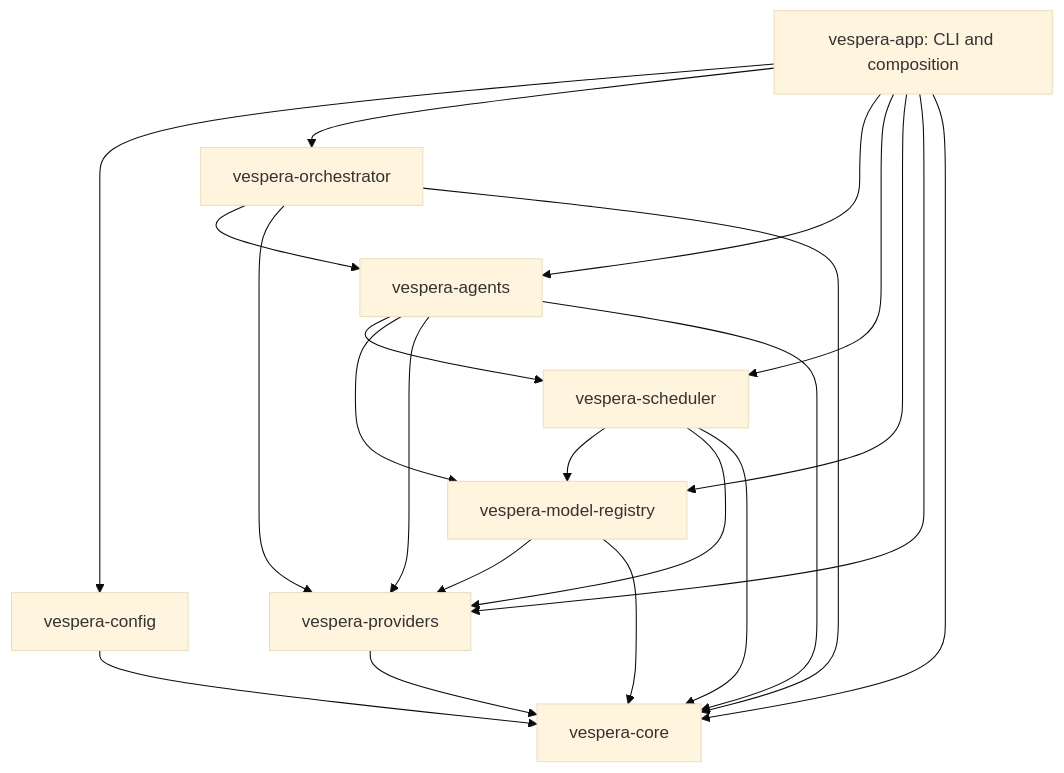
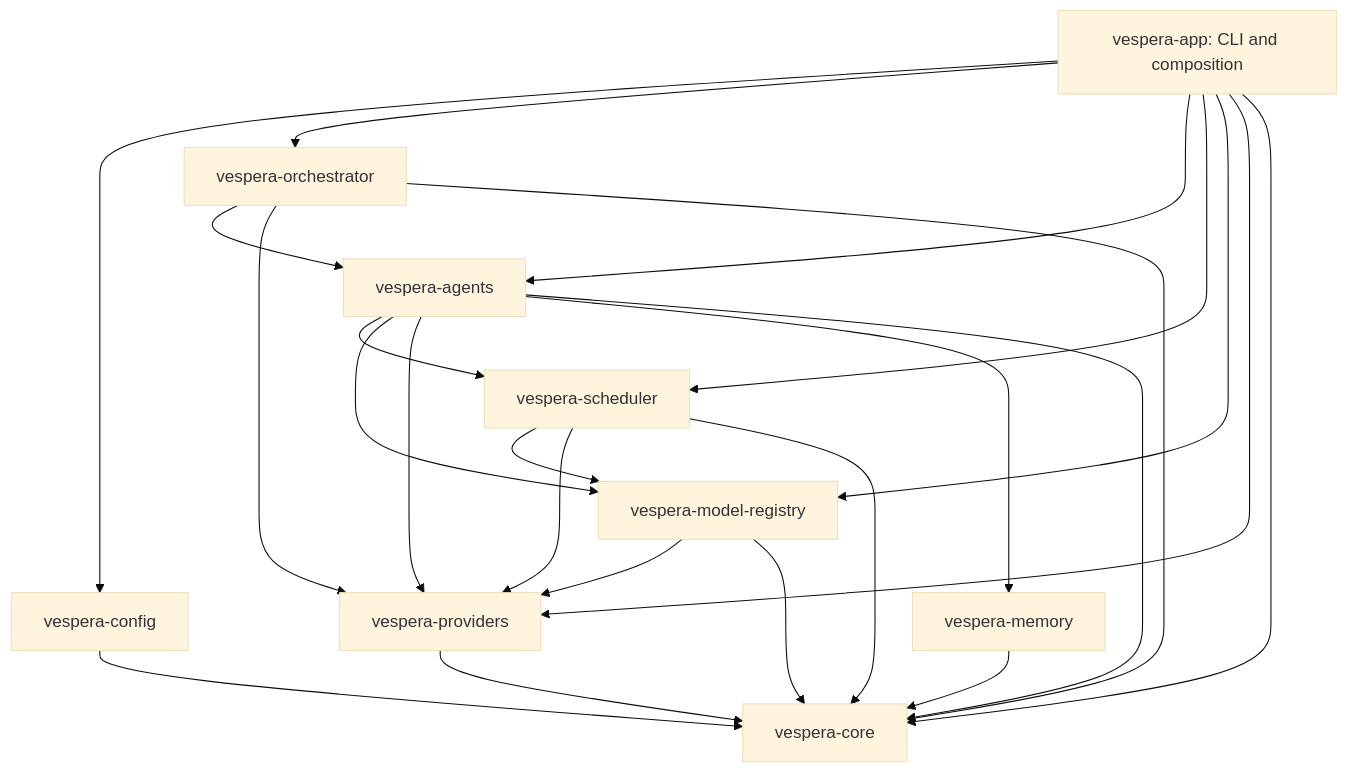
One commit to ShamelesAbyss/Vespera changed the diagram in docs/ARCHITECTURE.md. Above: the diagram before and after it, drawn with Mermaid (base theme). The commit also changed other lines of this file and 19 other files, not shown here.

````diff
--- a/docs/ARCHITECTURE.md
+++ b/docs/ARCHITECTURE.md
@@ -14,24 +14,26 @@
 ```mermaid
 flowchart TD
     App[vespera-app: CLI and composition] --> Config[vespera-config]
     App --> Orchestrator
     App --> Agents[vespera-agents]
     App --> Scheduler[vespera-scheduler]
     App --> Registry[vespera-model-registry]
     App --> Providers[vespera-providers]
     App --> Core[vespera-core]
     Orchestrator[vespera-orchestrator] --> Agents
     Orchestrator --> Providers
     Orchestrator --> Core
     Config --> Core
     Agents --> Scheduler
     Agents --> Registry
     Agents --> Providers
+    Agents --> Memory[vespera-memory]
+    Memory --> Core
     Agents --> Core
     Scheduler --> Registry
     Scheduler --> Providers
     Scheduler --> Core
     Registry --> Providers
     Registry --> Core
     Providers --> Core
 ```
````
